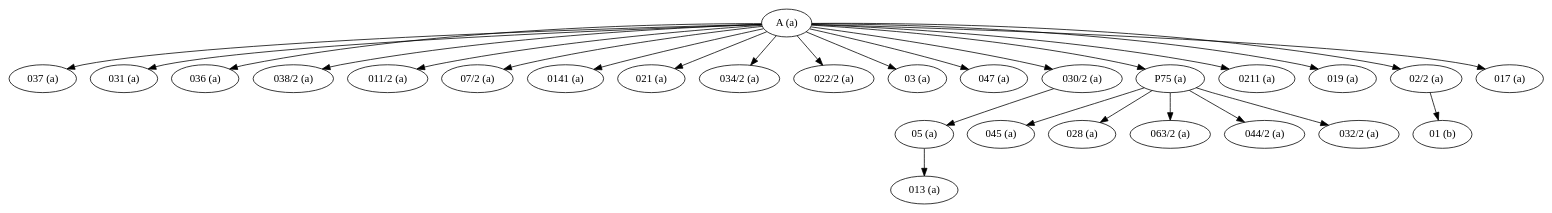
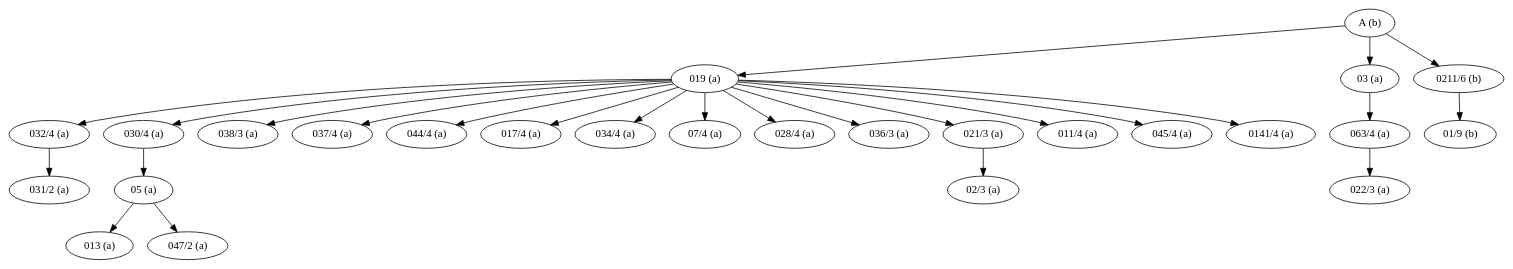
One commit to edmondac/CBGM changed the diagram in example/test.dot. Above: the diagram before and after it, drawn with Graphviz. The commit also changed 2 other files, not shown here.

```diff
--- a/example/test.dot
+++ b/example/test.dot
@@ -1,55 +1,53 @@
 strict digraph G {
-"037 (a)";
+"032/4 (a)";
+"031/2 (a)";
+"A (b)";
+"030/4 (a)";
+"038/3 (a)";
+"037/4 (a)";
+"044/4 (a)";
+"017/4 (a)";
+"019 (a)";
+"034/4 (a)";
+"013 (a)";
+"07/4 (a)";
+"028/4 (a)";
+"063/4 (a)";
+"022/3 (a)";
+"02/3 (a)";
+"03 (a)";
+"0211/6 (b)";
+"047/2 (a)";
+"036/3 (a)";
+"021/3 (a)";
+"011/4 (a)";
+"01/9 (b)";
+"045/4 (a)";
+"0141/4 (a)";
 "05 (a)";
-"031 (a)";
-"045 (a)";
-"036 (a)";
-"028 (a)";
-"038/2 (a)";
-"011/2 (a)";
-"07/2 (a)";
-"01 (b)";
-"013 (a)";
-"063/2 (a)";
-"0141 (a)";
-"021 (a)";
-"A (a)";
-"044/2 (a)";
-"034/2 (a)";
-"022/2 (a)";
-"03 (a)";
-"047 (a)";
-"030/2 (a)";
-"032/2 (a)";
-"P75 (a)";
-"0211 (a)";
-"019 (a)";
-"02/2 (a)";
-"017 (a)";
+"032/4 (a)" -> "031/2 (a)";
+"A (b)" -> "03 (a)";
+"A (b)" -> "0211/6 (b)";
+"A (b)" -> "019 (a)";
+"030/4 (a)" -> "05 (a)";
+"019 (a)" -> "032/4 (a)";
+"019 (a)" -> "030/4 (a)";
+"019 (a)" -> "021/3 (a)";
+"019 (a)" -> "034/4 (a)";
+"019 (a)" -> "011/4 (a)";
+"019 (a)" -> "045/4 (a)";
+"019 (a)" -> "07/4 (a)";
+"019 (a)" -> "0141/4 (a)";
+"019 (a)" -> "036/3 (a)";
+"019 (a)" -> "037/4 (a)";
+"019 (a)" -> "044/4 (a)";
+"019 (a)" -> "017/4 (a)";
+"019 (a)" -> "028/4 (a)";
+"019 (a)" -> "038/3 (a)";
+"063/4 (a)" -> "022/3 (a)";
+"03 (a)" -> "063/4 (a)";
+"0211/6 (b)" -> "01/9 (b)";
+"021/3 (a)" -> "02/3 (a)";
+"05 (a)" -> "047/2 (a)";
 "05 (a)" -> "013 (a)";
-"A (a)" -> "0141 (a)";
-"A (a)" -> "011/2 (a)";
-"A (a)" -> "030/2 (a)";
-"A (a)" -> "037 (a)";
-"A (a)" -> "031 (a)";
-"A (a)" -> "017 (a)";
-"A (a)" -> "038/2 (a)";
-"A (a)" -> "036 (a)";
-"A (a)" -> "P75 (a)";
-"A (a)" -> "0211 (a)";
-"A (a)" -> "019 (a)";
-"A (a)" -> "034/2 (a)";
-"A (a)" -> "022/2 (a)";
-"A (a)" -> "03 (a)";
-"A (a)" -> "02/2 (a)";
-"A (a)" -> "047 (a)";
-"A (a)" -> "021 (a)";
-"A (a)" -> "07/2 (a)";
-"030/2 (a)" -> "05 (a)";
-"P75 (a)" -> "044/2 (a)";
-"P75 (a)" -> "032/2 (a)";
-"P75 (a)" -> "028 (a)";
-"P75 (a)" -> "063/2 (a)";
-"P75 (a)" -> "045 (a)";
-"02/2 (a)" -> "01 (b)";
 }
```
